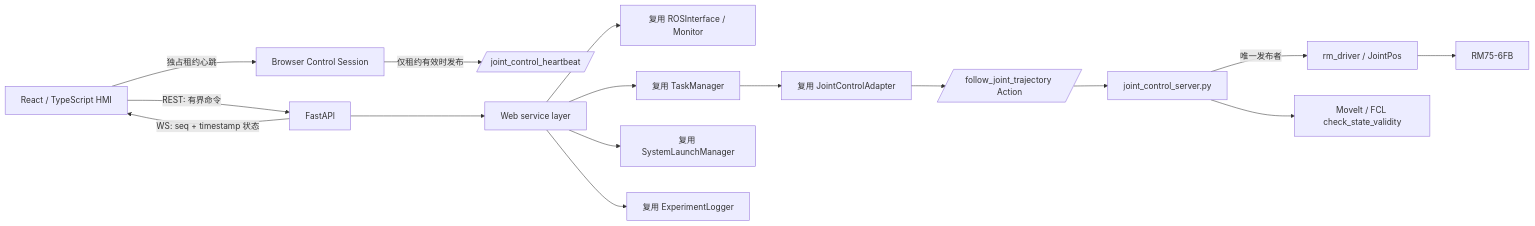
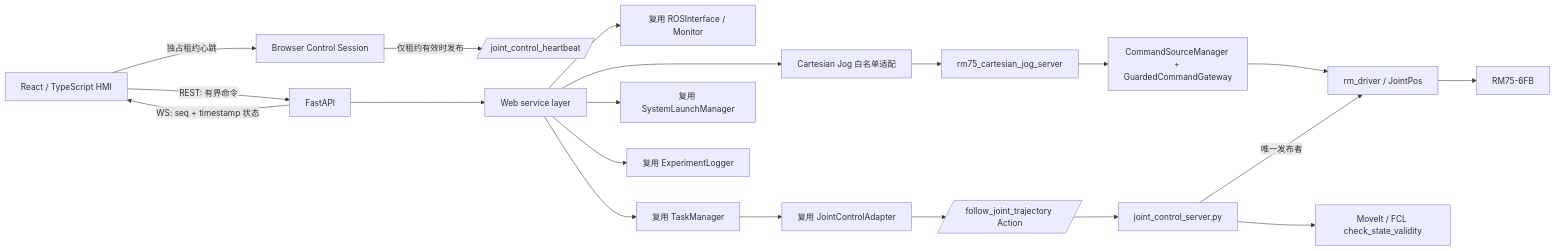
Before and after one commit to huiz3994-ai/ik: the diagram in rm75_ws/src/rm75_sampling_gui/docs/web/ARCHITECTURE.md, drawn with Mermaid. The commit also changed other lines of this file and 49 other files, not shown here.

Commit message:
Add guarded Cartesian jog control and safety hardening

````diff
--- a/rm75_ws/src/rm75_sampling_gui/docs/web/ARCHITECTURE.md
+++ b/rm75_ws/src/rm75_sampling_gui/docs/web/ARCHITECTURE.md
@@ -10,18 +10,22 @@
 ```mermaid
 flowchart LR
   Browser[React / TypeScript HMI] -->|REST: 有界命令| API[FastAPI]
   API -->|WS: seq + timestamp 状态| Browser
   Browser -->|独占租约心跳| Lease[Browser Control Session]
   Lease -->|仅租约有效时发布| HB[/joint_control_heartbeat/]
   API --> Services[Web service layer]
   Services --> RI[复用 ROSInterface / Monitor]
   Services --> TM[复用 TaskManager]
+  Services --> CJ[Cartesian Jog 白名单适配]
+  CJ --> CJS[rm75_cartesian_jog_server]
+  CJS --> GW[CommandSourceManager + GuardedCommandGateway]
+  GW --> Driver
   Services --> SM[复用 SystemLaunchManager]
   Services --> EL[复用 ExperimentLogger]
   TM --> JA[复用 JointControlAdapter]
   JA --> Action[/follow_joint_trajectory Action/]
   Action --> JCS[joint_control_server.py]
   JCS -->|唯一发布者| Driver[rm_driver / JointPos]
   Driver --> Robot[RM75-6FB]
   JCS --> MoveIt[MoveIt / FCL check_state_validity]
 ```
````
